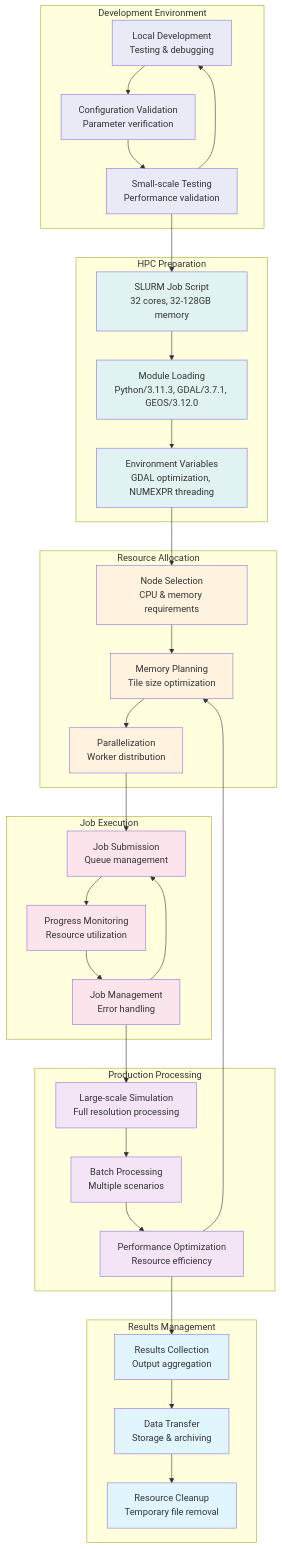
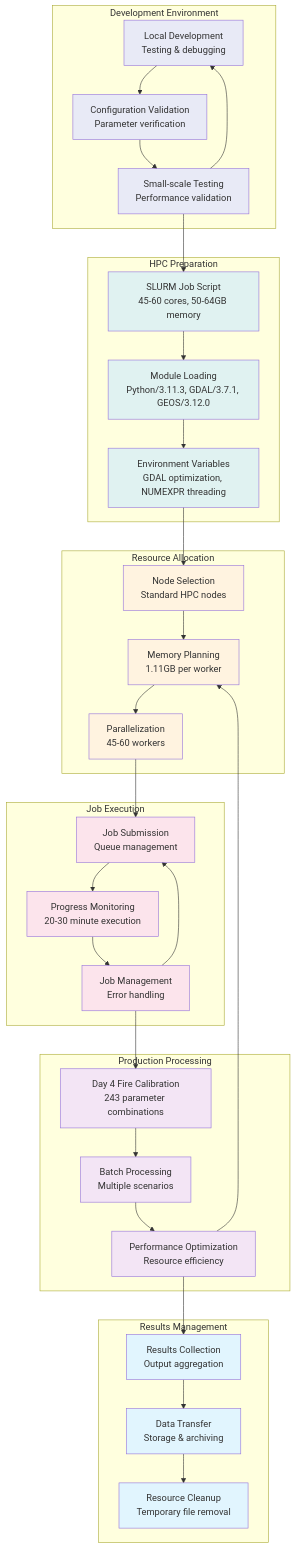
Before and after one commit to AndreasPaphitis/Forest-Fire-Simulation: diagram 12 of 19 in docs/COMPREHENSIVE_FOREST_FIRE_SIMULATION_WORKFLOW.md, drawn with Mermaid. The commit also changed other lines of this file and 13 other files, not shown here.

Commit message:
Fix verbose output and update documentation for Day 4 fire area calibration

````diff
--- a/docs/COMPREHENSIVE_FOREST_FIRE_SIMULATION_WORKFLOW.md
+++ b/docs/COMPREHENSIVE_FOREST_FIRE_SIMULATION_WORKFLOW.md
@@ -756,82 +721,82 @@
 ```mermaid
 flowchart TD
     subgraph "Development Environment"
         LOCAL["Local Development<br/>Testing & debugging"]
         VALID["Configuration Validation<br/>Parameter verification"]
         TEST["Small-scale Testing<br/>Performance validation"]
     end
     
     subgraph "HPC Preparation"
-        SLURM["SLURM Job Script<br/>32 cores, 32-128GB memory"]
+        SLURM["SLURM Job Script<br/>45-60 cores, 50-64GB memory"]
         MODULE["Module Loading<br/>Python/3.11.3, GDAL/3.7.1, GEOS/3.12.0"]
         CONFIG["Environment Variables<br/>GDAL optimization, NUMEXPR threading"]
     end
     
     subgraph "Resource Allocation"
-        NODES["Node Selection<br/>CPU & memory requirements"]
-        MEMORY["Memory Planning<br/>Tile size optimization"]
-        PARALLEL["Parallelization<br/>Worker distribution"]
+        NODES["Node Selection<br/>Standard HPC nodes"]
+        MEMORY["Memory Planning<br/>1.11GB per worker"]
+        PARALLEL["Parallelization<br/>45-60 workers"]
     end
     
     subgraph "Job Execution"
         SUBMIT["Job Submission<br/>Queue management"]
-        MONITOR["Progress Monitoring<br/>Resource utilization"]
+        MONITOR["Progress Monitoring<br/>20-30 minute execution"]
         MANAGE["Job Management<br/>Error handling"]
     end
     
     subgraph "Production Processing"
-        LARGE["Large-scale Simulation<br/>Full resolution processing"]
+        CALIBRATION["Day 4 Fire Calibration<br/>243 parameter combinations"]
         BATCH["Batch Processing<br/>Multiple scenarios"]
         OPTIM["Performance Optimization<br/>Resource efficiency"]
     end
     
     subgraph "Results Management"
         COLLECT["Results Collection<br/>Output aggregation"]
         TRANSFER["Data Transfer<br/>Storage & archiving"]
         CLEANUP["Resource Cleanup<br/>Temporary file removal"]
     end
     
     %% Process flow
     LOCAL --> VALID
     VALID --> TEST
     TEST --> SLURM
     
     SLURM --> MODULE
     MODULE --> CONFIG
     CONFIG --> NODES
     
     NODES --> MEMORY
     MEMORY --> PARALLEL
     PARALLEL --> SUBMIT
     
     SUBMIT --> MONITOR
     MONITOR --> MANAGE
-    MANAGE --> LARGE
+    MANAGE --> CALIBRATION
     
-    LARGE --> BATCH
+    CALIBRATION --> BATCH
     BATCH --> OPTIM
     OPTIM --> COLLECT
     
     COLLECT --> TRANSFER
     TRANSFER --> CLEANUP
     
     %% Feedback loops
     TEST --> LOCAL
     MANAGE --> SUBMIT
     OPTIM --> MEMORY
     
     %% Styling
     classDef dev fill:#e8eaf6
     classDef prep fill:#e0f2f1
     classDef resource fill:#fff3e0
     classDef exec fill:#fce4ec
     classDef prod fill:#f3e5f5
     classDef results fill:#e1f5fe
     
     class LOCAL,VALID,TEST dev
     class SLURM,MODULE,CONFIG prep
     class NODES,MEMORY,PARALLEL resource
     class SUBMIT,MONITOR,MANAGE exec
-    class LARGE,BATCH,OPTIM prod
+    class CALIBRATION,BATCH,OPTIM prod
     class COLLECT,TRANSFER,CLEANUP results
 ```
````
